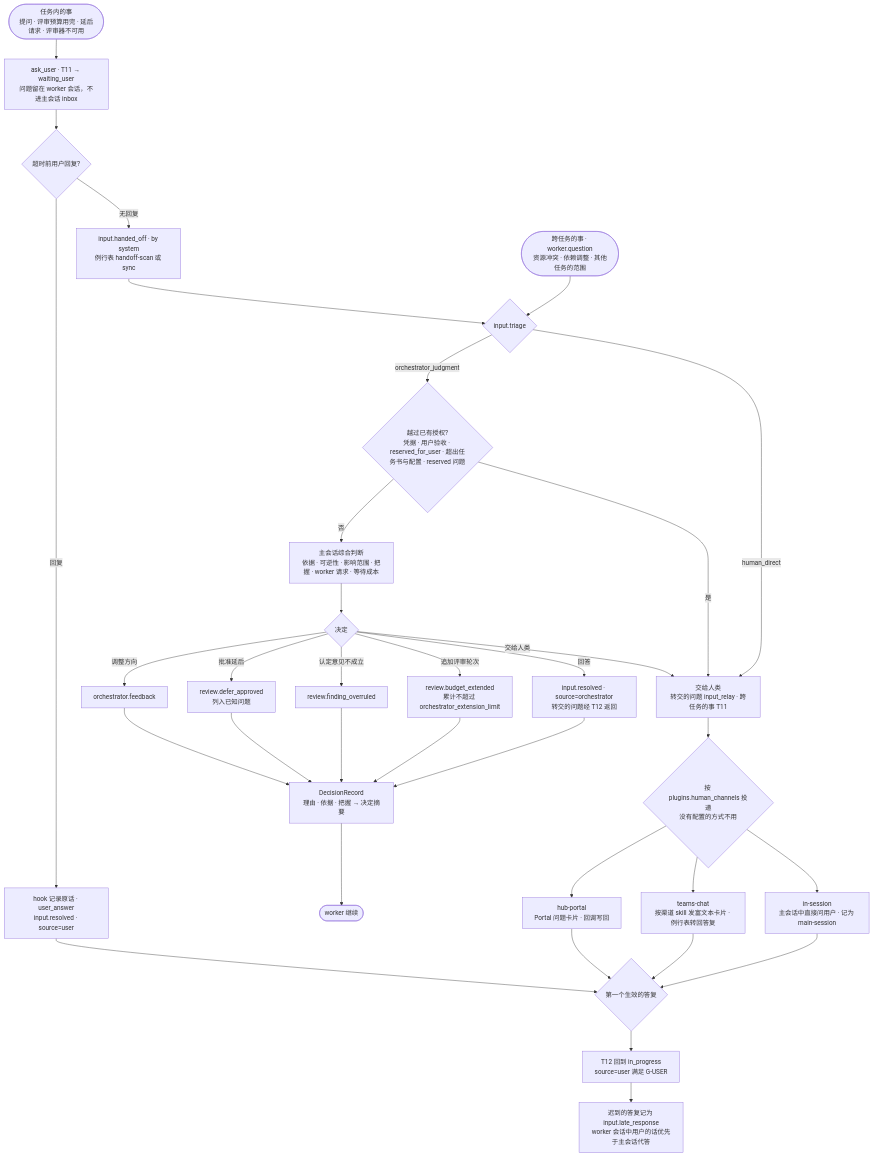
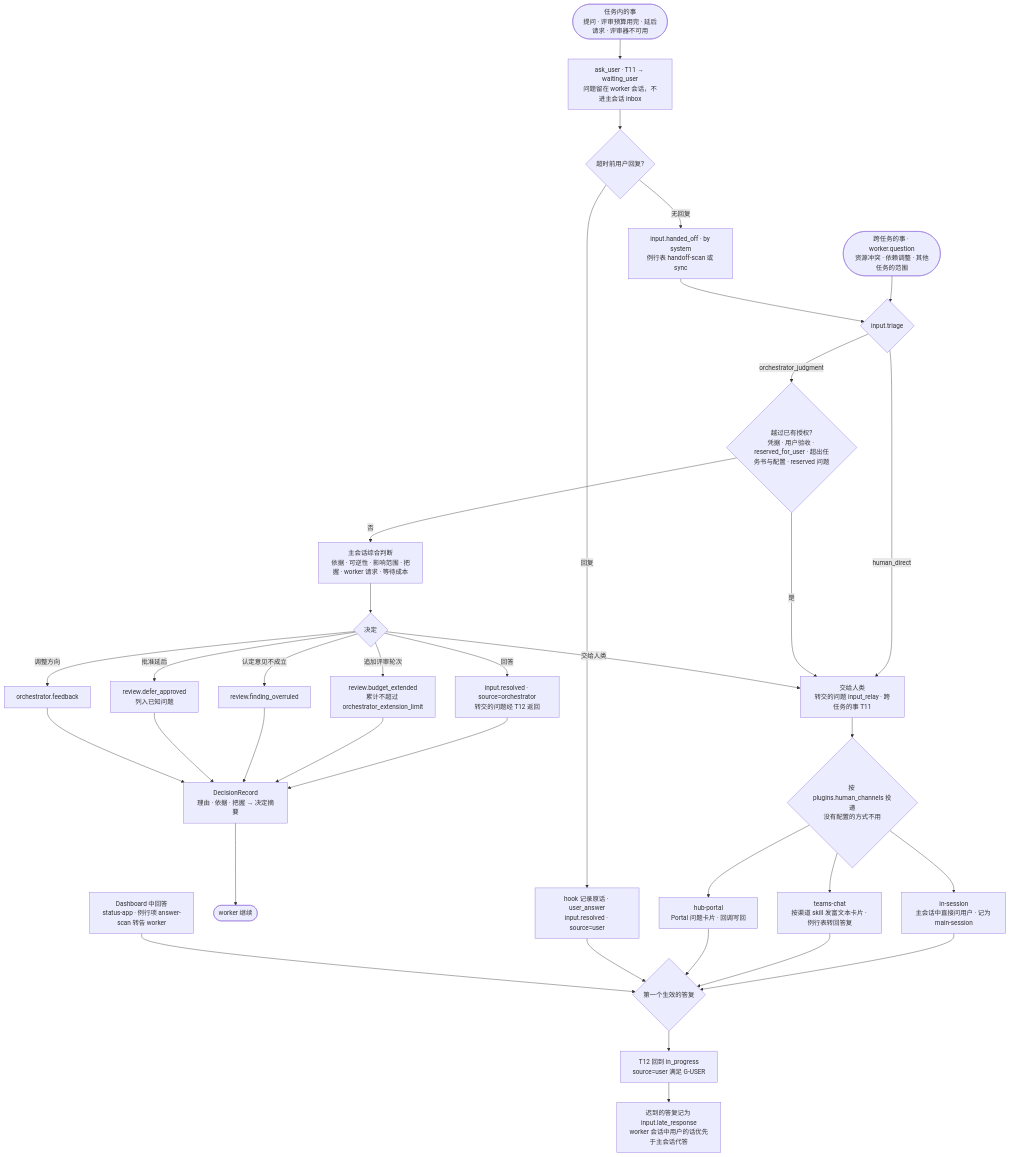
The diagram in docs/design/diagrams/input-routing.mmd (flyrobin620/task-steward), drawn with Mermaid before and after one commit. The commit also changed 9 other files, not shown here.

First line of the commit message:
docs: design answering worker questions in the Dashboard (T357)

```diff
--- a/docs/design/diagrams/input-routing.mmd
+++ b/docs/design/diagrams/input-routing.mmd
@@ -1,35 +1,36 @@
 flowchart TD
     Q1([任务内的事<br/>提问 · 评审预算用完 · 延后请求 · 评审器不可用]) --> ASK
     Q2([跨任务的事 · worker.question<br/>资源冲突 · 依赖调整 · 其他任务的范围]) --> J
     ASK[ask_user · T11 → waiting_user<br/>问题留在 worker 会话，不进主会话 inbox] --> U{超时前用户回复?}
     U -- 回复 --> UA[hook 记录原话 · user_answer<br/>input.resolved · source=user]
     U -- 无回复 --> HO[input.handed_off · by system<br/>例行表 handoff-scan 或 sync]
     HO --> J
     J{input.triage}
     J -- human_direct --> ESC
     J -- orchestrator_judgment --> A{越过已有授权?<br/>凭据 · 用户验收 · reserved_for_user · 超出任务书与配置 · reserved 问题}
     A -- 是 --> ESC
     A -- 否 --> F[主会话综合判断<br/>依据 · 可逆性 · 影响范围 · 把握 · worker 请求 · 等待成本]
     F --> D{决定}
     D -- 回答 --> R1[input.resolved · source=orchestrator<br/>转交的问题经 T12 返回]
     D -- 追加评审轮次 --> R2[review.budget_extended<br/>累计不超过 orchestrator_extension_limit]
     D -- 认定意见不成立 --> R3[review.finding_overruled]
     D -- 批准延后 --> R4[review.defer_approved<br/>列入已知问题]
     D -- 调整方向 --> R5[orchestrator.feedback]
     D -- 交给人类 --> ESC
     R1 --> DR[DecisionRecord<br/>理由 · 依据 · 把握 → 决定摘要]
     R2 --> DR
     R3 --> DR
     R4 --> DR
     R5 --> DR
     DR --> W1([worker 继续])
     ESC[交给人类<br/>转交的问题 input_relay · 跨任务的事 T11] --> CH{按 plugins.human_channels 投递<br/>没有配置的方式不用}
     CH --> S1[in-session<br/>主会话中直接问用户 · 记为 main-session]
     CH --> S2[teams-chat<br/>按渠道 skill 发富文本卡片 · 例行表转回答复]
     CH --> S3[hub-portal<br/>Portal 问题卡片 · 回调写回]
     S1 --> V{第一个生效的答复}
     S2 --> V
     S3 --> V
     UA --> V
+    DB[Dashboard 中回答<br/>status-app · 例行项 answer-scan 转告 worker] --> V
     V --> RR[T12 回到 in_progress<br/>source=user 满足 G-USER]
     RR --> C[迟到的答复记为 input.late_response<br/>worker 会话中用户的话优先于主会话代答]
```
